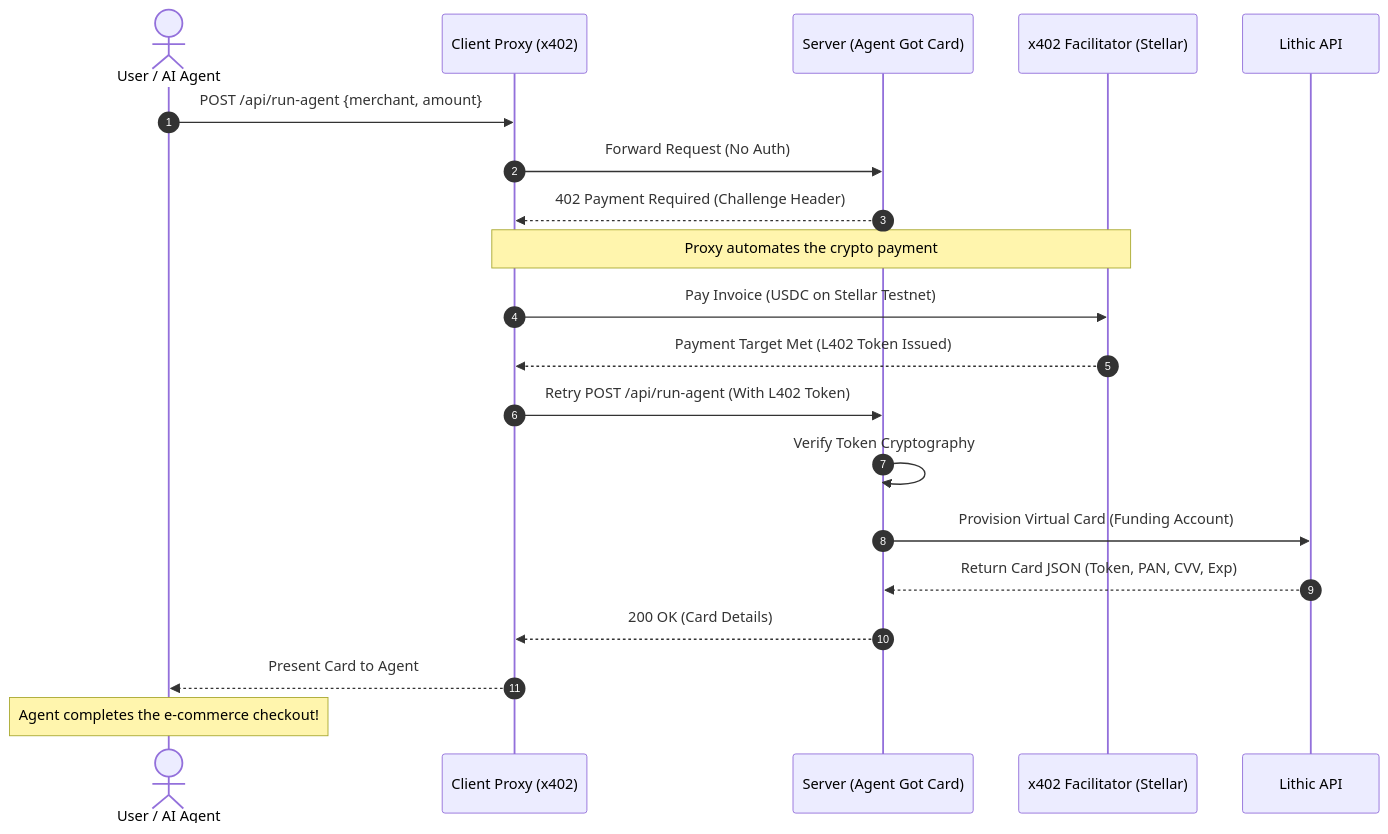
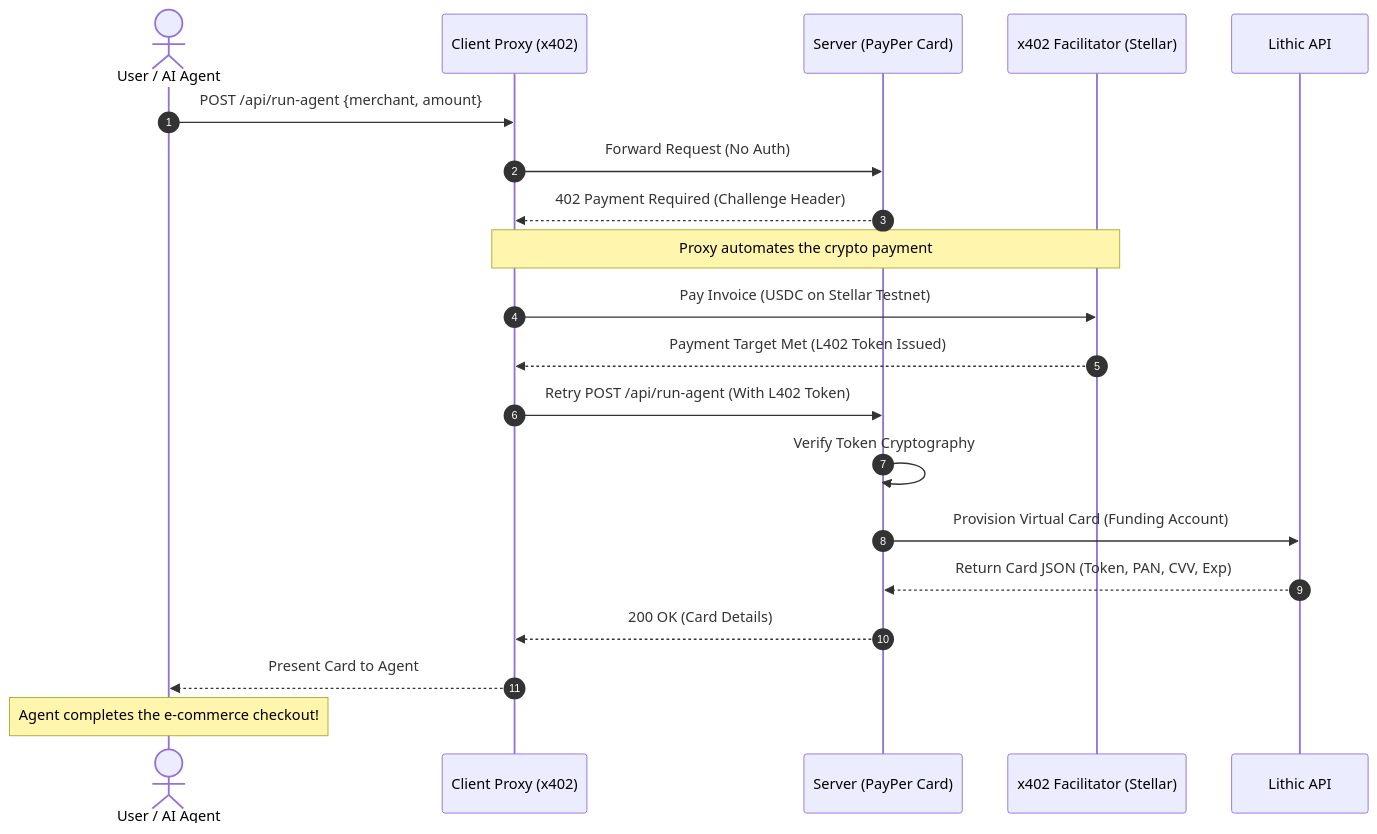
Before and after one commit to danielnweze54-cyber/agent-got-card-x402: the diagram in README.md, drawn with Mermaid. The commit also changed other lines of this file and 7 other files, not shown here.

Commit message:
style: rename project to PayPer Card across UI and docs

````diff
--- a/README.md
+++ b/README.md
@@ -21,26 +21,26 @@
 ```mermaid
 sequenceDiagram
     autonumber
     actor U as User / AI Agent
     participant P as Client Proxy (x402)
-    participant S as Server (Agent Got Card)
+    participant S as Server (PayPer Card)
     participant F as x402 Facilitator (Stellar)
     participant L as Lithic API
 
     U->>P: POST /api/run-agent {merchant, amount}
     P->>S: Forward Request (No Auth)
     S-->>P: 402 Payment Required (Challenge Header)
     
     Note over P,F: Proxy automates the crypto payment
     P->>F: Pay Invoice (USDC on Stellar Testnet)
     F-->>P: Payment Target Met (L402 Token Issued)
     
     P->>S: Retry POST /api/run-agent (With L402 Token)
     S->>S: Verify Token Cryptography
     S->>L: Provision Virtual Card (Funding Account)
     L-->>S: Return Card JSON (Token, PAN, CVV, Exp)
     S-->>P: 200 OK (Card Details)
     P-->>U: Present Card to Agent
     
     Note over U: Agent completes the e-commerce checkout!
 ```
````
